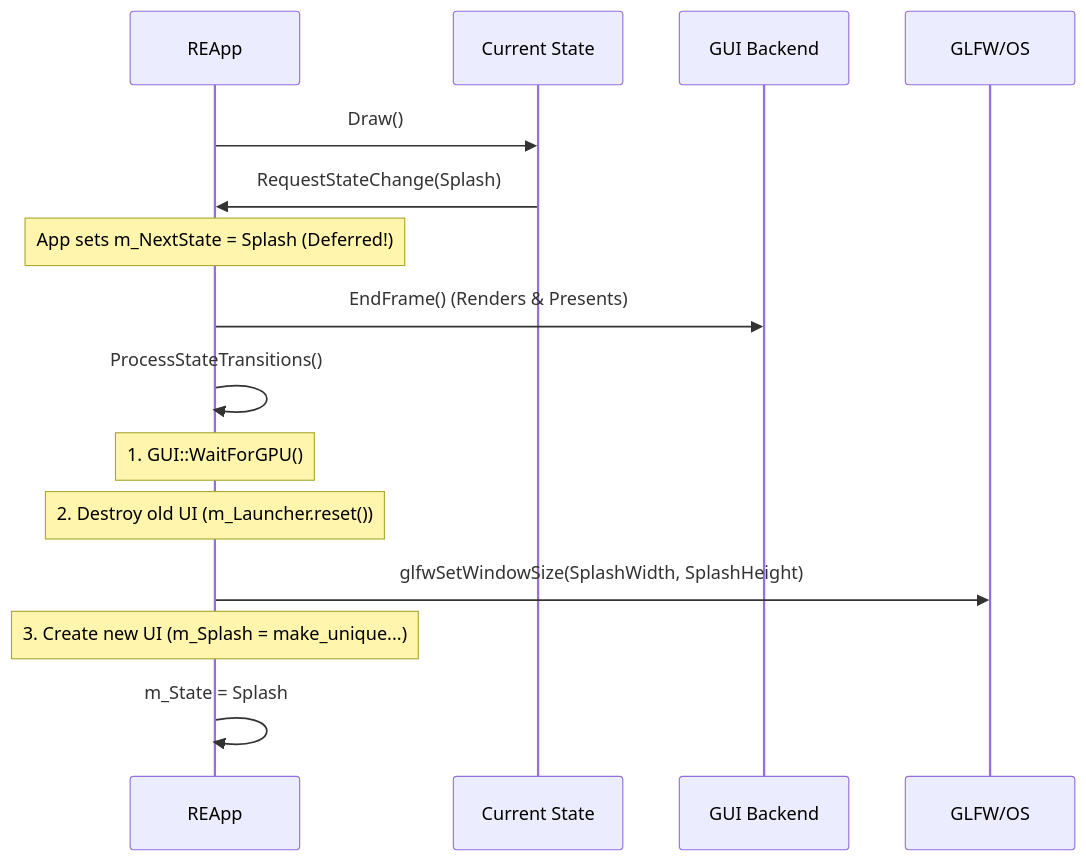
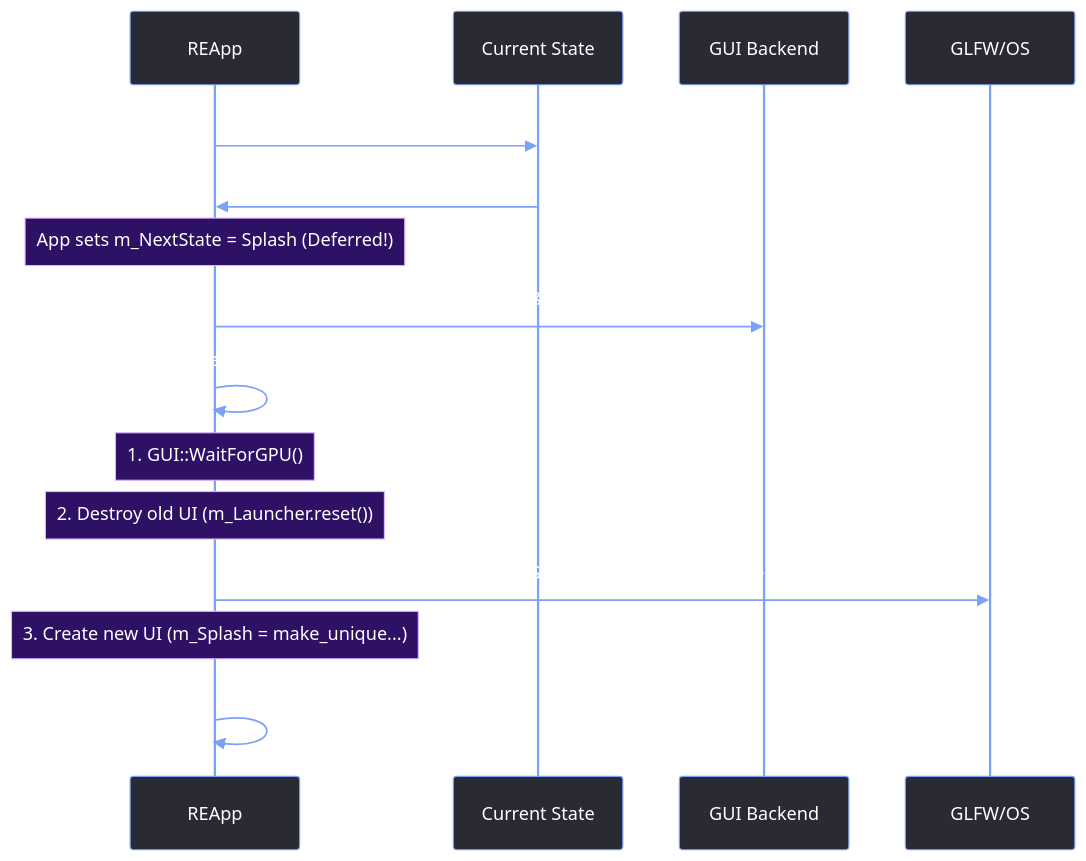
The second of 2 diagrams in content/Engine shit/Experience documentation/Dear ImGui Editor Architecture/02 - Architecture/02.03 Application State Machine.md (Astin-A/the-workshop), drawn with Mermaid before and after one commit. The commit also changed 24 other files, not shown here.

````diff
--- a/content/Engine shit/Experience documentation/Dear ImGui Editor Architecture/02 - Architecture/02.03 Application State Machine.md
+++ b/content/Engine shit/Experience documentation/Dear ImGui Editor Architecture/02 - Architecture/02.03 Application State Machine.md
@@ -55,20 +56,37 @@
 ```mermaid
+%%{init: {
+  'theme': 'base',
+  'themeVariables': {
+    'primaryColor': '#2a2a35',
+    'primaryTextColor': '#ffffff',
+    'primaryBorderColor': '#7aa2f7',
+    'lineColor': '#7aa2f7',
+    'actorBkg': '#2a2a35',
+    'actorBorder': '#7aa2f7',
+    'actorTextColor': '#ffffff',
+    'signalColor': '#7aa2f7',
+    'signalTextColor': '#ffffff',
+    'noteBkgColor': '#2e1065',
+    'noteTextColor': '#ffffff',
+    'noteBorderColor': '#d8b4fe'
+  }
+}}%%
 sequenceDiagram
     participant App as REApp
     participant Current as Current State
     participant GUI as GUI Backend
     participant OS as GLFW/OS
 
     App->>Current: Draw()
     Current->>App: RequestStateChange(Splash)
     Note over App: App sets m_NextState = Splash (Deferred!)
     
     App->>GUI: EndFrame() (Renders & Presents)
     
     App->>App: ProcessStateTransitions()
     Note over App: 1. GUI::WaitForGPU()
     Note over App: 2. Destroy old UI (m_Launcher.reset())
     App->>OS: glfwSetWindowSize(SplashWidth, SplashHeight)
     Note over App: 3. Create new UI (m_Splash = make_unique...)
     App->>App: m_State = Splash
 ```
````
